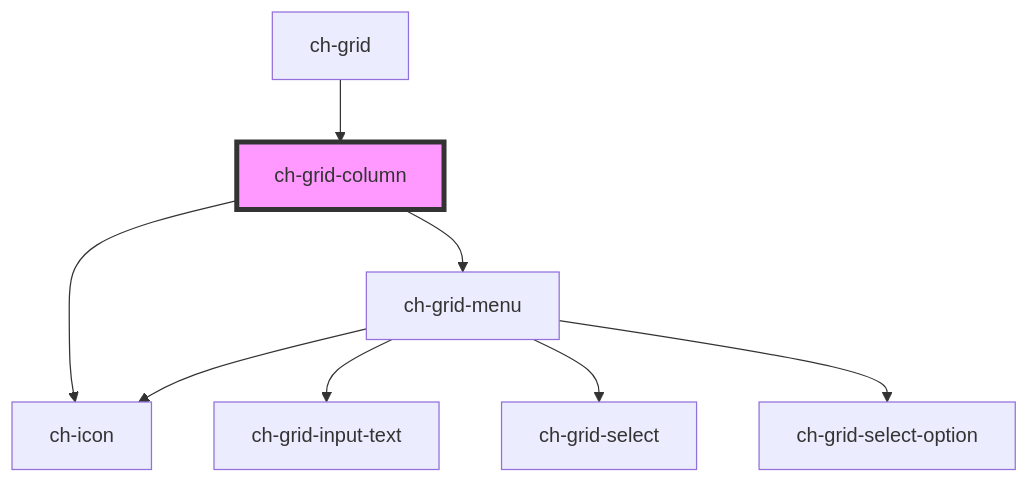
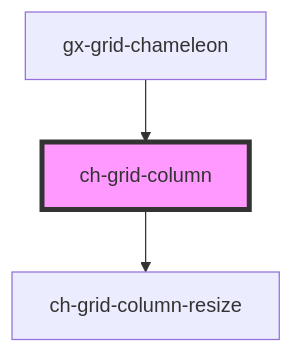
One commit to genexuslabs/chameleon-controls-library changed the diagram in src/components/grid-column/readme.md. Above: the diagram before and after it, drawn with Mermaid. The commit also changed other lines of this file and 107 other files, not shown here.

````diff
--- a/src/components/grid-column/readme.md
+++ b/src/components/grid-column/readme.md
@@ -32,11 +34,6 @@
 ```mermaid
 graph TD;
-  ch-grid-column --> ch-icon
-  ch-grid-column --> ch-grid-menu
-  ch-grid-menu --> ch-grid-input-text
-  ch-grid-menu --> ch-grid-select
-  ch-grid-menu --> ch-grid-select-option
-  ch-grid-menu --> ch-icon
-  ch-grid --> ch-grid-column
+  ch-grid-column --> ch-grid-column-resize
+  gx-grid-chameleon --> ch-grid-column
   style ch-grid-column fill:#f9f,stroke:#333,stroke-width:4px
 ```
````
